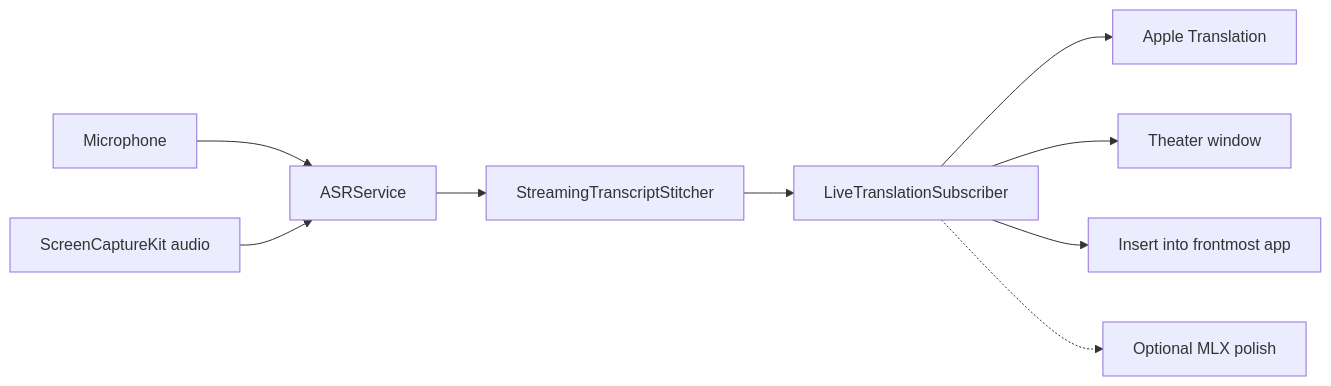
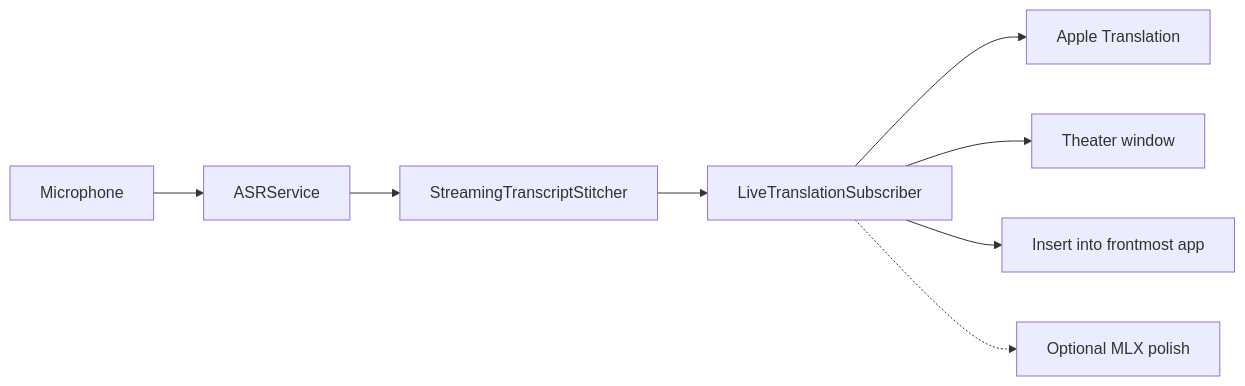
One commit to chrisswimlee/fluidSubtitles changed the diagram in docs/ARCHITECTURE.md. Above: the diagram before and after it, drawn with Mermaid. The commit also changed other lines of this file and 98 other files, not shown here.

````diff
--- a/docs/ARCHITECTURE.md
+++ b/docs/ARCHITECTURE.md
@@ -5,11 +5,10 @@
 ```mermaid
 flowchart LR
   mic[Microphone] --> asr[ASRService]
-  watch[ScreenCaptureKit audio] --> asr
   asr --> stitcher[StreamingTranscriptStitcher]
   stitcher --> subscriber[LiveTranslationSubscriber]
   subscriber --> apple[Apple Translation]
   subscriber --> theater[Theater window]
   subscriber --> insert[Insert into frontmost app]
   subscriber -.-> mlx[Optional MLX polish]
 ```
````
